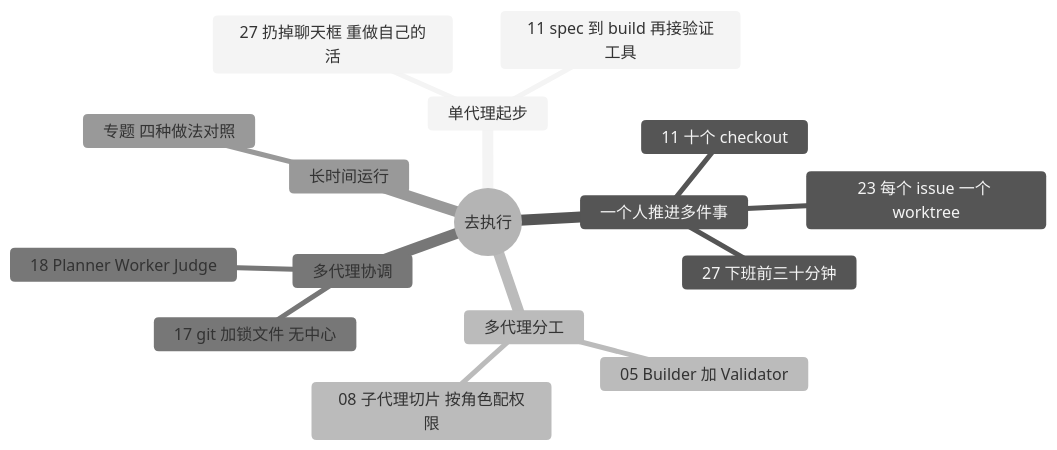
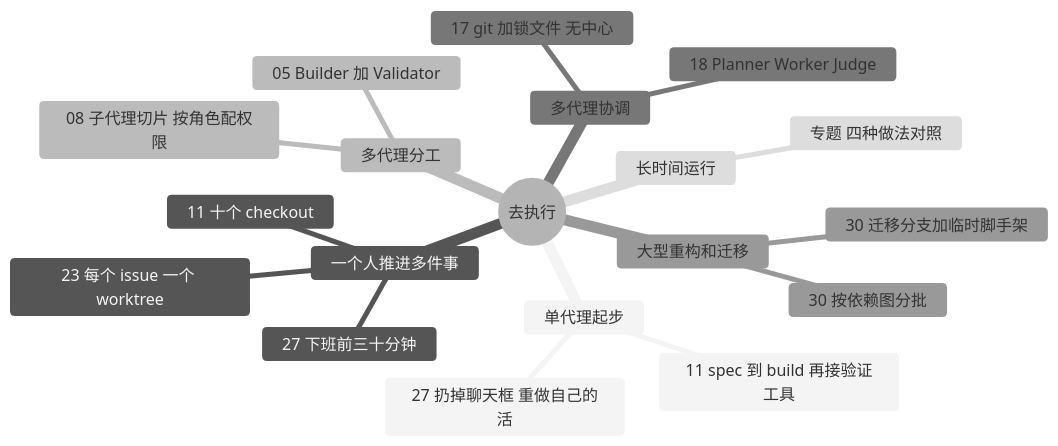
The diagram in docs/guide/execution.md (yzw7489757/ai-coding-videos), drawn with Mermaid (neutral theme) before and after one commit. The commit also changed other lines of this file and 34 other files, not shown here.

````diff
--- a/docs/guide/execution.md
+++ b/docs/guide/execution.md
@@ -13,19 +13,22 @@
 ```mermaid
 mindmap
   root((去执行))
     单代理起步
       27 扔掉聊天框 重做自己的活
       11 spec 到 build 再接验证工具
     一个人推进多件事
       11 十个 checkout
       23 每个 issue 一个 worktree
       27 下班前三十分钟
     多代理分工
       05 Builder 加 Validator
       08 子代理切片 按角色配权限
     多代理协调
       17 git 加锁文件 无中心
       18 Planner Worker Judge
+    大型重构和迁移
+      30 按依赖图分批
+      30 迁移分支加临时脚手架
     长时间运行
       专题 四种做法对照
 ```
````
